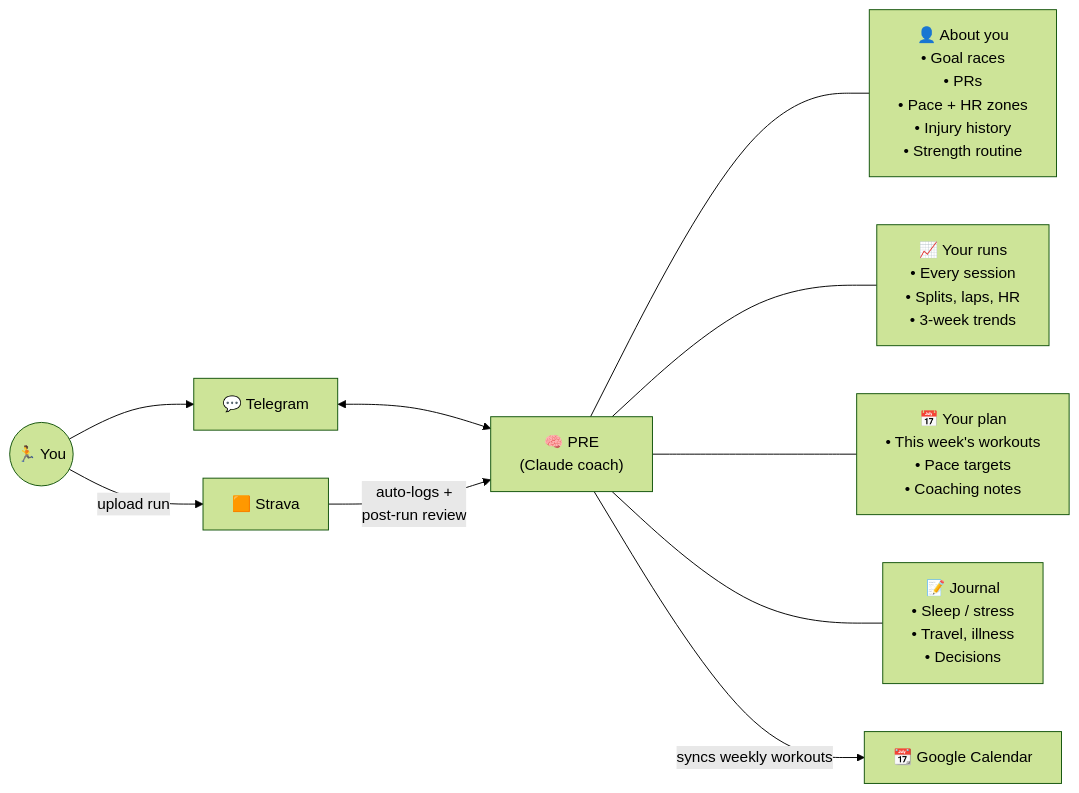
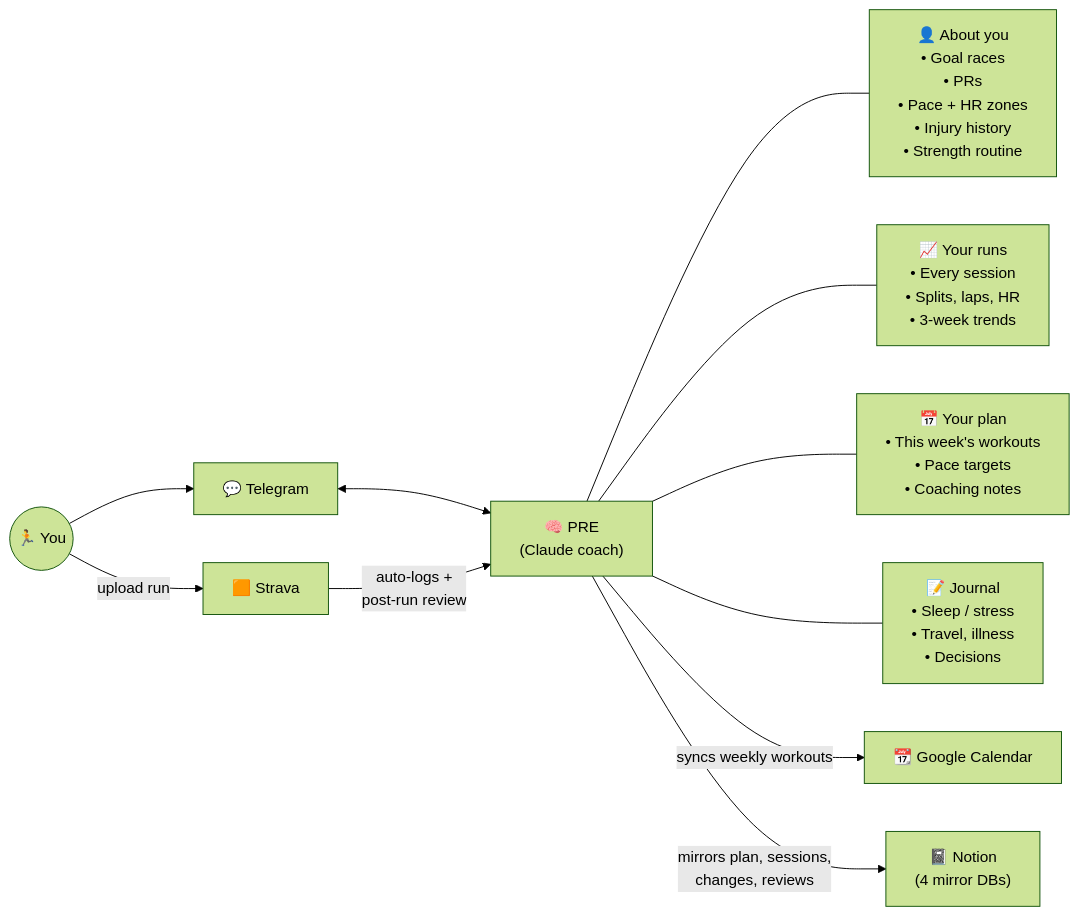
One commit to elimchayseng/pre-running-coach-bot changed the diagram in README.md. Above: the diagram before and after it, drawn with Mermaid (forest theme). The commit also changed other lines of this file and 1 other file, not shown here.

````diff
--- a/README.md
+++ b/README.md
@@ -20,21 +21,23 @@
 ```mermaid
 graph LR
   You((🏃 You))
   Telegram["💬 Telegram"]
   Strava["🟧 Strava"]
   PRE["🧠 PRE<br/>(Claude coach)"]
   Profile["👤 About you<br/>• Goal races<br/>• PRs<br/>• Pace + HR zones<br/>• Injury history<br/>• Strength routine"]
   Log["📈 Your runs<br/>• Every session<br/>• Splits, laps, HR<br/>• 3-week trends"]
   Plan["📅 Your plan<br/>• This week's workouts<br/>• Pace targets<br/>• Coaching notes"]
   Journal["📝 Journal<br/>• Sleep / stress<br/>• Travel, illness<br/>• Decisions"]
   GCal["📆 Google Calendar"]
+  Notion["📓 Notion<br/>(4 mirror DBs)"]
   You --> Telegram
   Telegram <--> PRE
   You -->|"upload run"| Strava
   Strava -->|"auto-logs +<br/>post-run review"| PRE
   PRE --- Profile
   PRE --- Log
   PRE --- Plan
   PRE --- Journal
   PRE -->|"syncs weekly workouts"| GCal
+  PRE -->|"mirrors plan, sessions,<br/>changes, reviews"| Notion
 ```
````
